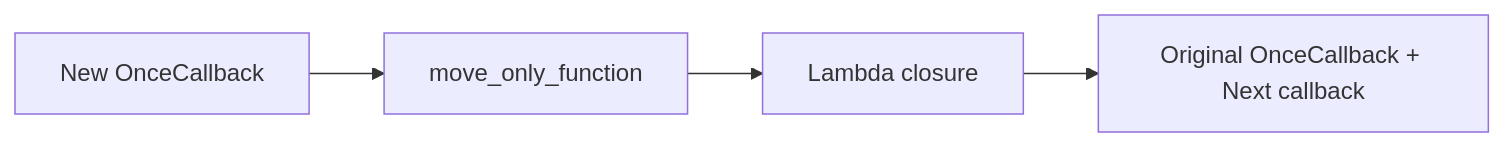
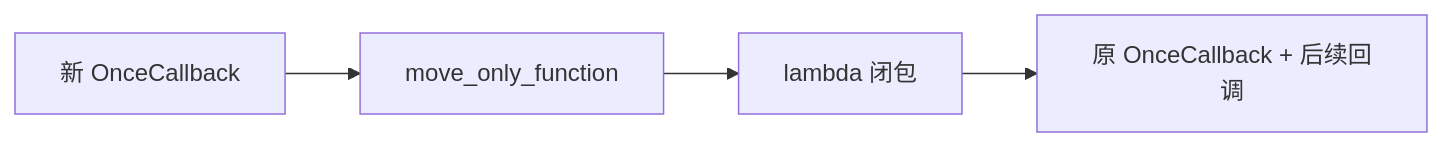
The diagram in documents/en/vol9-open-source-project-learn/chrome/01_once_callback/full/pre-03-once-callback-lambda-advanced.md (Awesome-Embedded-Learning-Studio/Tutorial_AwesomeModernCPP), drawn with Mermaid before and after one commit. The commit also changed other lines of this file and 388 other files, not shown here.

````diff
--- a/documents/en/vol9-open-source-project-learn/chrome/01_once_callback/full/pre-03-once-callback-lambda-advanced.md
+++ b/documents/en/vol9-open-source-project-learn/chrome/01_once_callback/full/pre-03-once-callback-lambda-advanced.md
@@ -137,4 +143,4 @@
 ```mermaid
 graph LR
-    A["New OnceCallback"] --> B["move_only_function"] --> C["Lambda closure"] --> D["Original OnceCallback + Next callback"]
+    A["新 OnceCallback"] --> B["move_only_function"] --> C["lambda 闭包"] --> D["原 OnceCallback + 后续回调"]
 ```
````
